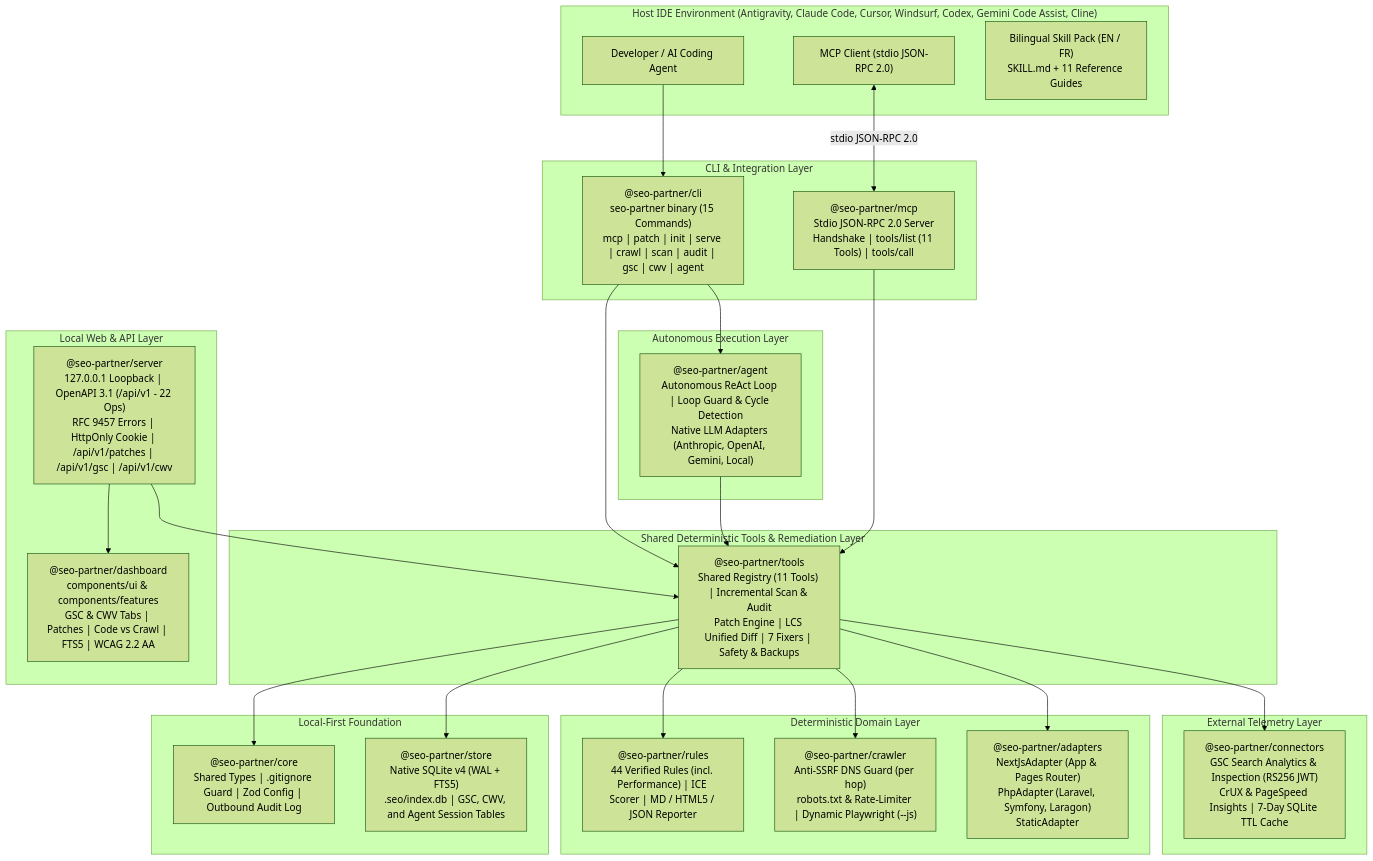
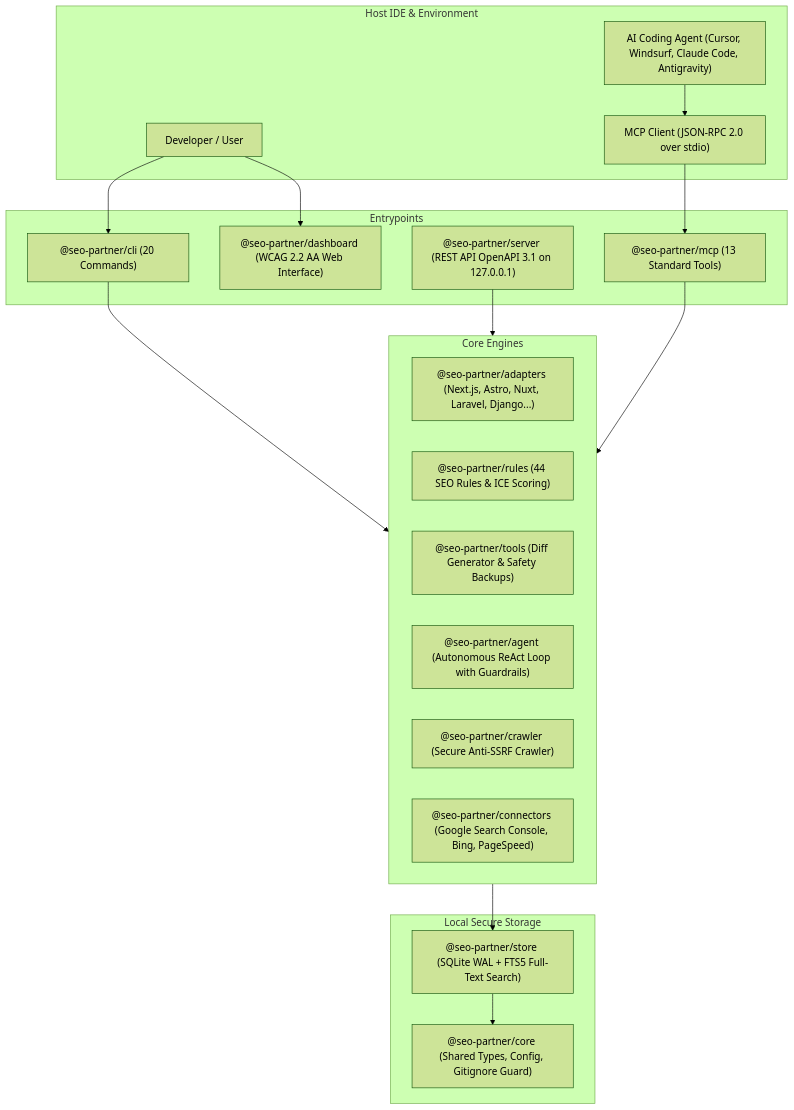
The diagram in README.md (Firinze/seo-partner), drawn with Mermaid (forest theme) before and after one commit. The commit also changed other lines of this file and 13 other files, not shown here.

````diff
--- a/README.md
+++ b/README.md
@@ -82,56 +295,39 @@
 ```mermaid
 flowchart TB
-  subgraph IDE["Host IDE Environment (Antigravity, Claude Code, Cursor, Windsurf, Codex, Gemini Code Assist, Cline)"]
-    DEV["Developer / AI Coding Agent"]
-    MCP_CLIENT["MCP Client (stdio JSON-RPC 2.0)"]
-    SKILL["Bilingual Skill Pack (EN / FR)\nSKILL.md + 11 Reference Guides"]
+  subgraph IDE["Host IDE & Environment"]
+    DEV["Developer / User"]
+    AGENT_IDE["AI Coding Agent (Cursor, Windsurf, Claude Code, Antigravity)"]
+    MCP_STDIO["MCP Client (JSON-RPC 2.0 over stdio)"]
   end
 
-  subgraph CLI_LAYER["CLI & Integration Layer"]
-    CLI["@seo-partner/cli\nseo-partner binary (15 Commands)\nmcp | patch | init | serve | crawl | scan | audit | gsc | cwv | agent"]
-    MCP_PKG["@seo-partner/mcp\nStdio JSON-RPC 2.0 Server\nHandshake | tools/list (11 Tools) | tools/call"]
+  subgraph CLI_SERVE["Entrypoints"]
+    CLI["@seo-partner/cli (20 Commands)"]
+    MCP_SERVER["@seo-partner/mcp (13 Standard Tools)"]
+    REST_API["@seo-partner/server (REST API OpenAPI 3.1 on 127.0.0.1)"]
+    WEB_DASH["@seo-partner/dashboard (WCAG 2.2 AA Web Interface)"]
   end
 
-  subgraph AGENT_LAYER["Autonomous Execution Layer"]
-    AGENT["@seo-partner/agent\nAutonomous ReAct Loop | Loop Guard & Cycle Detection\nNative LLM Adapters (Anthropic, OpenAI, Gemini, Local)"]
+  subgraph CORE_ENGINES["Core Engines"]
+    ROUTER_SCAN["@seo-partner/adapters (Next.js, Astro, Nuxt, Laravel, Django...)"]
+    RULES_ENGINE["@seo-partner/rules (44 SEO Rules & ICE Scoring)"]
+    PATCH_ENGINE["@seo-partner/tools (Diff Generator & Safety Backups)"]
+    AGENT_ENGINE["@seo-partner/agent (Autonomous ReAct Loop with Guardrails)"]
+    CRAWLER["@seo-partner/crawler (Secure Anti-SSRF Crawler)"]
+    CONNECTORS["@seo-partner/connectors (Google Search Console, Bing, PageSpeed)"]
   end
 
-  subgraph TOOLS_LAYER["Shared Deterministic Tools & Remediation Layer"]
-    TOOLS["@seo-partner/tools\nShared Registry (11 Tools) | Incremental Scan & Audit\nPatch Engine | LCS Unified Diff | 7 Fixers | Safety & Backups"]
-  end
-
-  subgraph CONNECTORS_LAYER["External Telemetry Layer"]
-    CONNECTORS["@seo-partner/connectors\nGSC Search Analytics & Inspection (RS256 JWT)\nCrUX & PageSpeed Insights | 7-Day SQLite TTL Cache"]
-  end
-
-  subgraph WEB_LAYER["Local Web & API Layer"]
-    SERVER["@seo-partner/server\n127.0.0.1 Loopback | OpenAPI 3.1 (/api/v1 - 22 Ops)\nRFC 9457 Errors | HttpOnly Cookie | /api/v1/patches | /api/v1/gsc | /api/v1/cwv"]
-    DASHBOARD["@seo-partner/dashboard\ncomponents/ui & components/features\nGSC & CWV Tabs | Patches | Code vs Crawl | FTS5 | WCAG 2.2 AA"]
-  end
-
-  subgraph ENGINE_LAYER["Deterministic Domain Layer"]
-    ADAPTERS["@seo-partner/adapters\nNextJsAdapter (App & Pages Router)\nPhpAdapter (Laravel, Symfony, Laragon)\nStaticAdapter"]
-    CRAWLER["@seo-partner/crawler\nAnti-SSRF DNS Guard (per hop)\nrobots.txt & Rate-Limiter | Dynamic Playwright (--js)"]
-    RULES["@seo-partner/rules\n44 Verified Rules (incl. Performance) | ICE Scorer | MD / HTML5 / JSON Reporter"]
-  end
-
-  subgraph FOUNDATION_LAYER["Local-First Foundation"]
-    CORE["@seo-partner/core\nShared Types | .gitignore Guard | Zod Config | Outbound Audit Log"]
-    STORE["@seo-partner/store\nNative SQLite v4 (WAL + FTS5)\n.seo/index.db | GSC, CWV, and Agent Session Tables"]
+  subgraph PERSISTENCE["Local Secure Storage"]
+    STORE["@seo-partner/store (SQLite WAL + FTS5 Full-Text Search)"]
+    CORE["@seo-partner/core (Shared Types, Config, Gitignore Guard)"]
   end
 
   DEV --> CLI
-  CLI --> AGENT
-  AGENT --> TOOLS
-  MCP_CLIENT <-->|stdio JSON-RPC 2.0| MCP_PKG
-  MCP_PKG --> TOOLS
-  CLI --> TOOLS
-  SERVER --> TOOLS
-  SERVER --> DASHBOARD
-  TOOLS --> CONNECTORS
-  TOOLS --> ADAPTERS
-  TOOLS --> CRAWLER
-  TOOLS --> RULES
-  TOOLS --> STORE
-  TOOLS --> CORE
+  DEV --> WEB_DASH
+  AGENT_IDE --> MCP_STDIO
+  MCP_STDIO --> MCP_SERVER
+  CLI --> CORE_ENGINES
+  REST_API --> CORE_ENGINES
+  MCP_SERVER --> CORE_ENGINES
+  CORE_ENGINES --> STORE
+  STORE --> CORE
 ```
````
